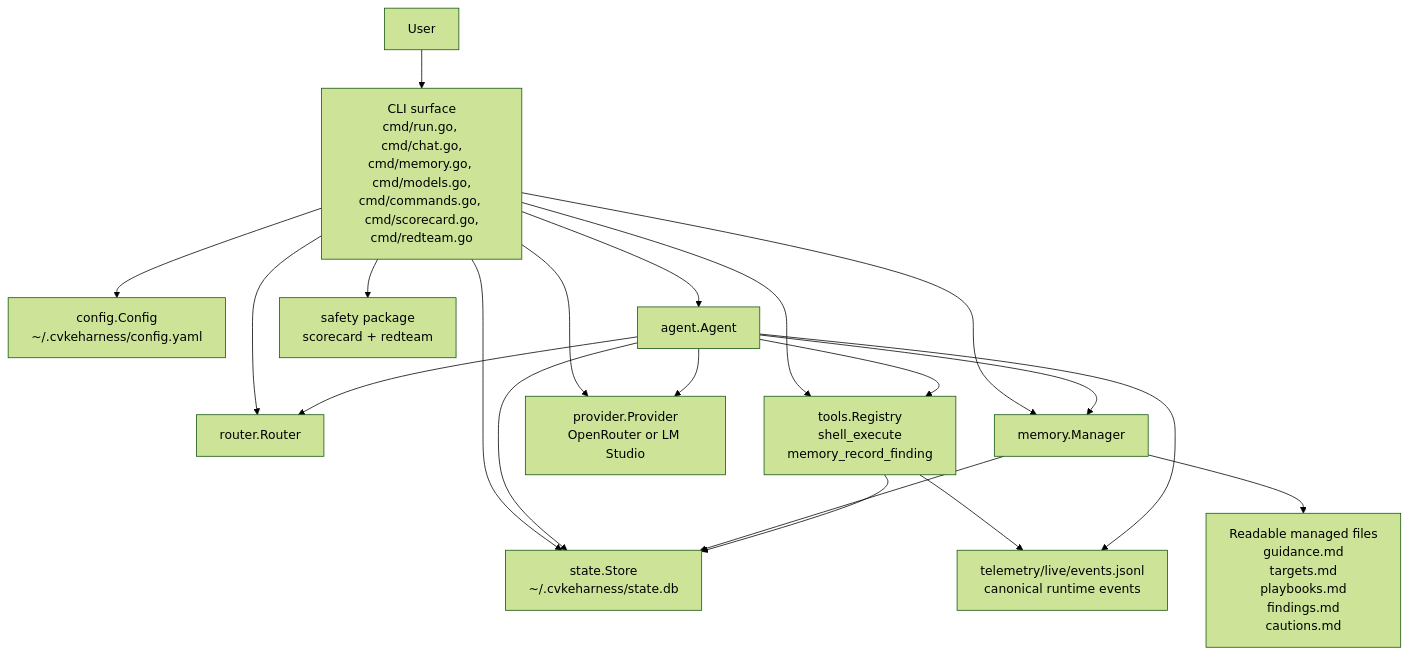
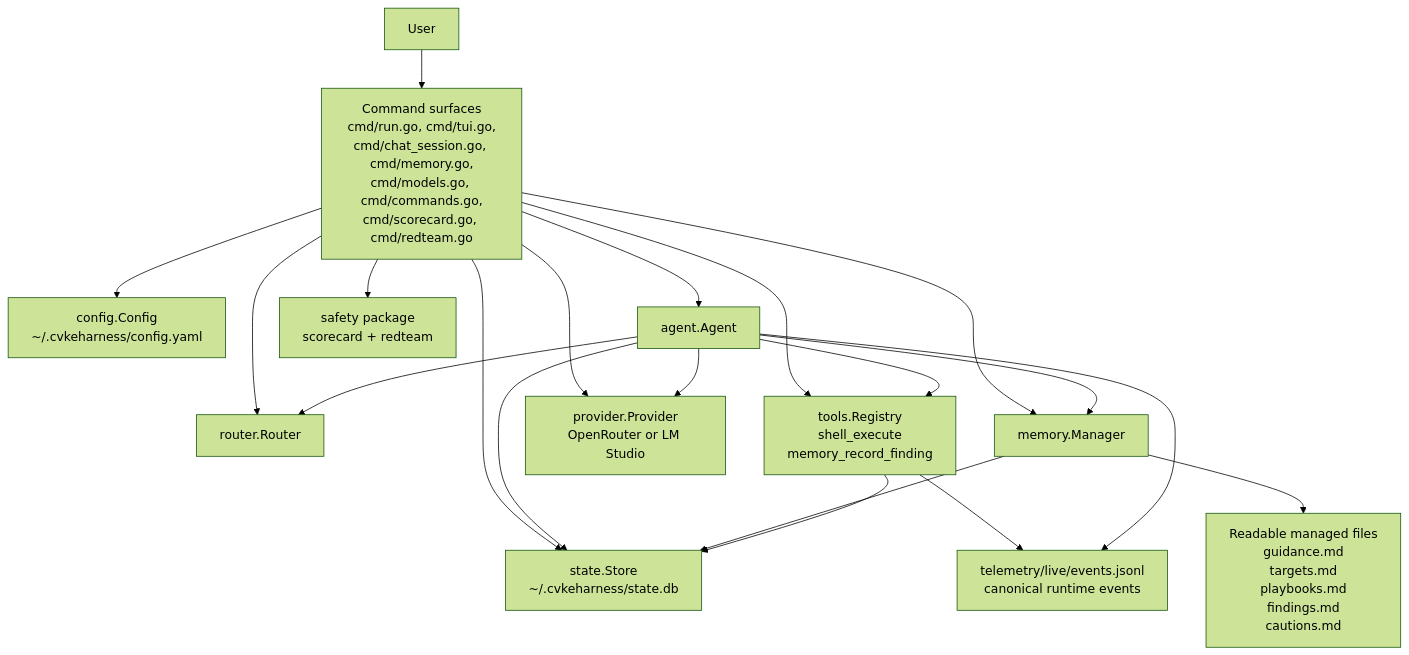
One commit to Glebenator/CvkeHarness changed the first of 8 diagrams in docs/project-visual-guide.md. Above: the diagram before and after it, drawn with Mermaid (forest theme). The commit also changed 30 other files, not shown here.

````diff
--- a/docs/project-visual-guide.md
+++ b/docs/project-visual-guide.md
@@ -19,37 +19,37 @@
 ```mermaid
 flowchart TD
     user["User"]
-    cli["CLI surface\ncmd/run.go, cmd/chat.go,\ncmd/memory.go, cmd/models.go,\ncmd/commands.go, cmd/scorecard.go,\ncmd/redteam.go"]
+    cli["Command surfaces\ncmd/run.go, cmd/tui.go,\ncmd/chat_session.go, cmd/memory.go,\ncmd/models.go, cmd/commands.go,\ncmd/scorecard.go, cmd/redteam.go"]
     cfg["config.Config\n~/.cvkeharness/config.yaml"]
     agent["agent.Agent"]
     router["router.Router"]
     tools["tools.Registry\nshell_execute\nmemory_record_finding"]
     memory["memory.Manager"]
     store["state.Store\n~/.cvkeharness/state.db"]
     provider["provider.Provider\nOpenRouter or LM Studio"]
     files["Readable managed files\nguidance.md\ntargets.md\nplaybooks.md\nfindings.md\ncautions.md"]
     safety["safety package\nscorecard + redteam"]
     telemetry["telemetry/live/events.jsonl\ncanonical runtime events"]
 
     user --> cli
     cli --> cfg
     cli --> agent
     cli --> router
     cli --> tools
     cli --> memory
     cli --> store
     cli --> provider
     cli --> safety
 
     agent --> router
     agent --> tools
     agent --> memory
     agent --> store
     agent --> provider
 
     memory --> files
     memory --> store
     tools --> store
     tools --> telemetry
     agent --> telemetry
 ```
````
